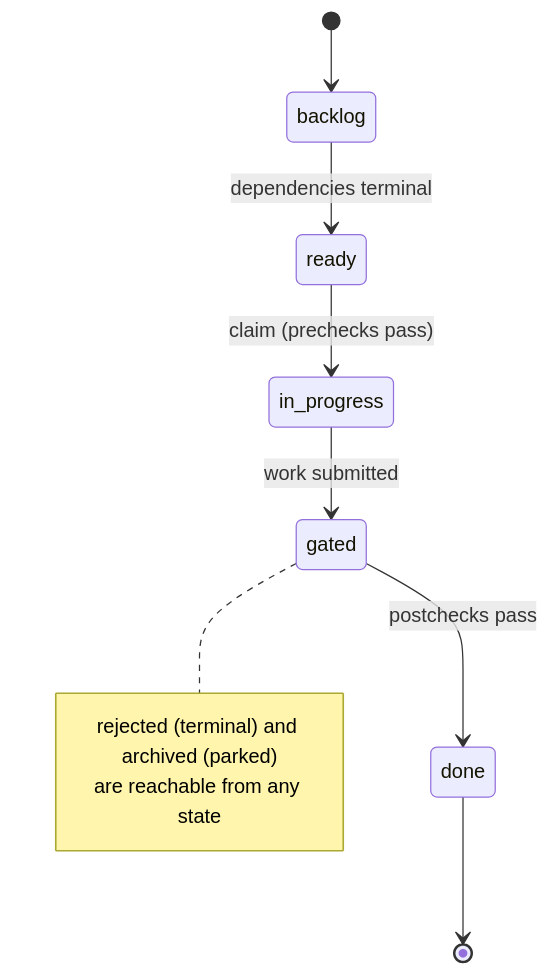
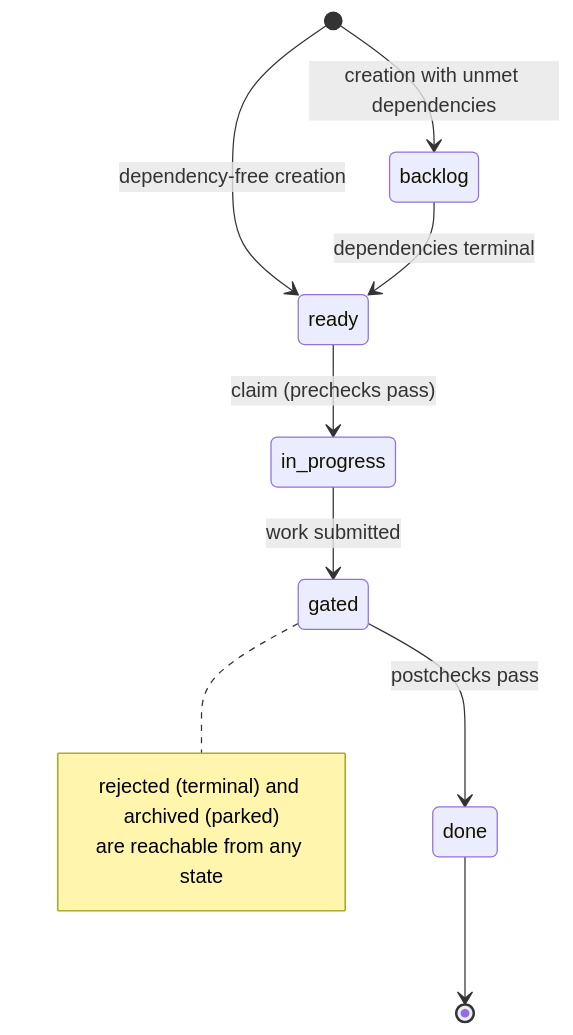
The diagram in README.md (erankavija/just-in-time), drawn with Mermaid before and after one commit. The commit also changed other lines of this file and 69 other files, not shown here.

````diff
--- a/README.md
+++ b/README.md
@@ -98,13 +98,14 @@
 ```mermaid
 stateDiagram-v2
-    [*] --> backlog
+    [*] --> ready: dependency-free creation
+    [*] --> backlog: creation with unmet dependencies
     backlog --> ready: dependencies terminal
     ready --> in_progress: claim (prechecks pass)
     in_progress --> gated: work submitted
     gated --> done: postchecks pass
     done --> [*]
     note right of gated
         rejected (terminal) and archived (parked)
         are reachable from any state
     end note
 ```
````
